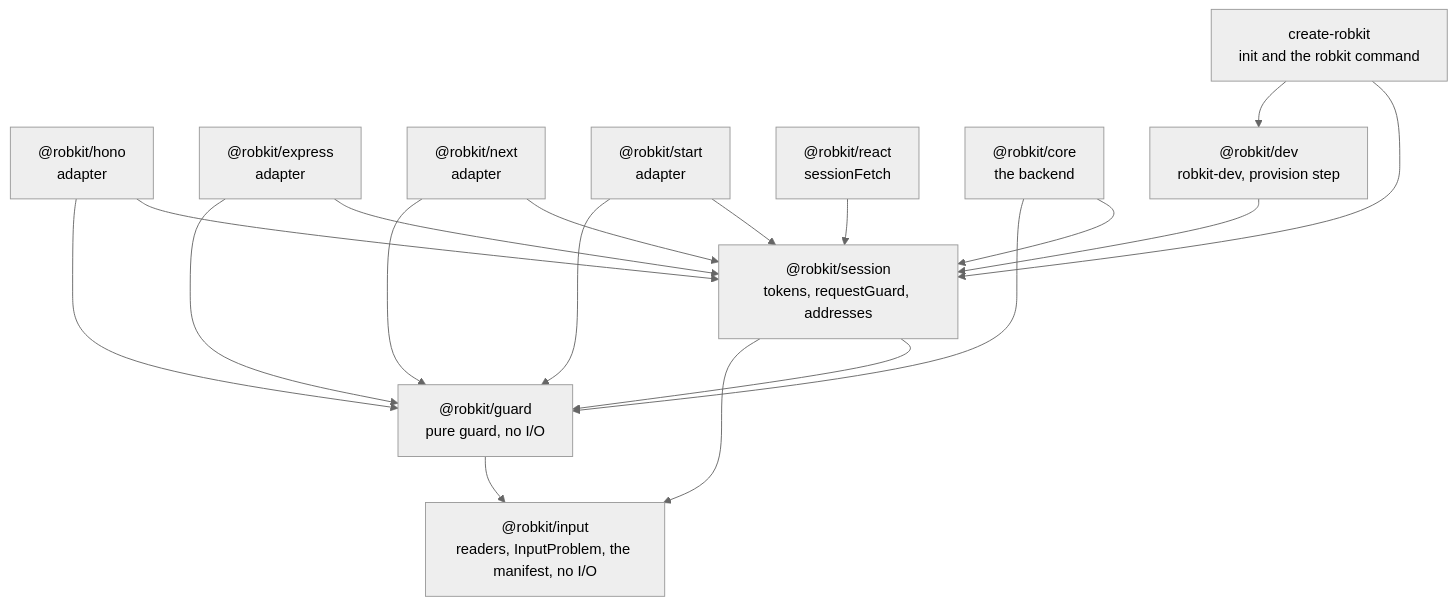
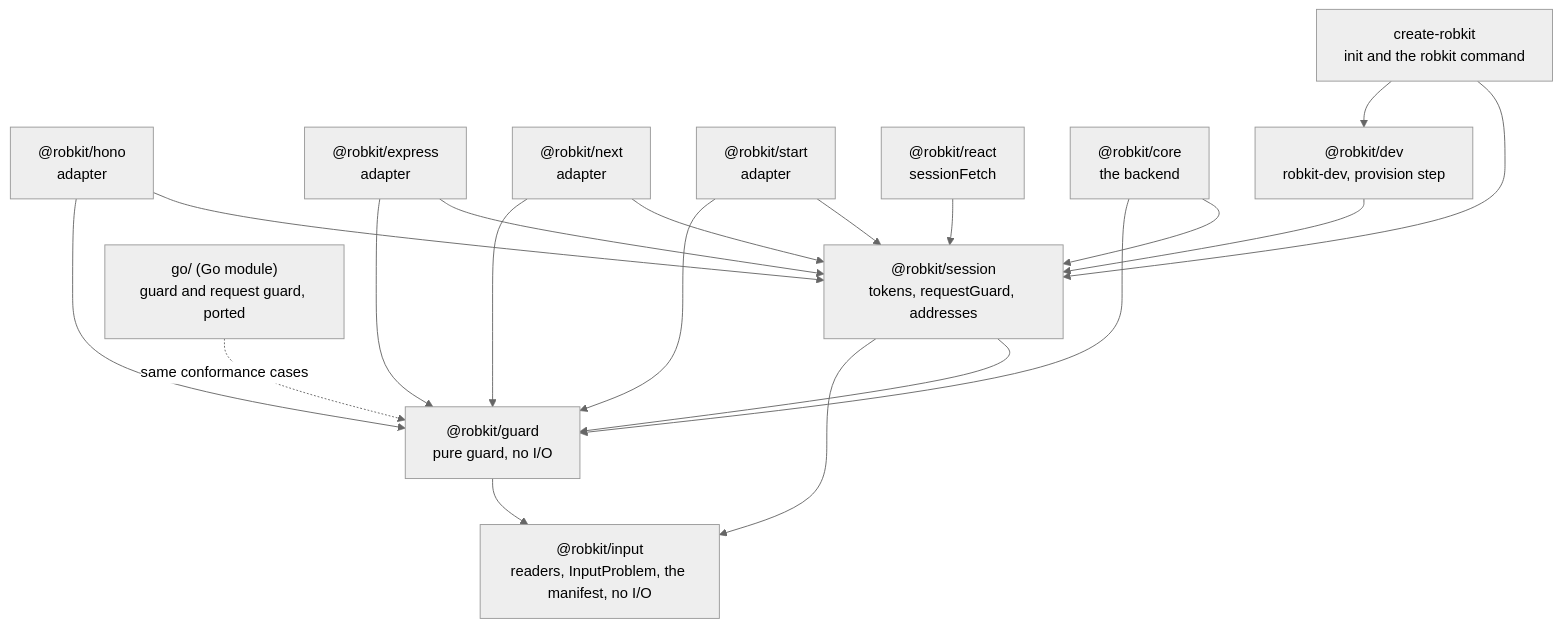
The fourth of 5 diagrams in docs/architecture.md (RobertScholey98/robkit), drawn with Mermaid (neutral theme) before and after one commit. The commit also changed other lines of this file and 4 other files, not shown here.

````diff
--- a/docs/architecture.md
+++ b/docs/architecture.md
@@ -120,32 +120,34 @@
 ```mermaid
 flowchart TD
   input["@robkit/input<br/>readers, InputProblem, the manifest, no I/O"]
   guard["@robkit/guard<br/>pure guard, no I/O"]
   session["@robkit/session<br/>tokens, requestGuard, addresses"]
   hono["@robkit/hono<br/>adapter"]
   express["@robkit/express<br/>adapter"]
   next["@robkit/next<br/>adapter"]
   start["@robkit/start<br/>adapter"]
   react["@robkit/react<br/>sessionFetch"]
+  gomodule["go/ (Go module)<br/>guard and request guard, ported"]
   core["@robkit/core<br/>the backend"]
   dev["@robkit/dev<br/>robkit-dev, provision step"]
   create["create-robkit<br/>init and the robkit command"]
 
   guard --> input
   session --> guard
   session --> input
   hono --> session
   hono --> guard
   express --> session
   express --> guard
   next --> session
   next --> guard
   start --> session
   start --> guard
   react --> session
+  gomodule -. same conformance cases .-> guard
   core --> session
   core --> guard
   dev --> session
   create --> session
   create --> dev
 ```
````
